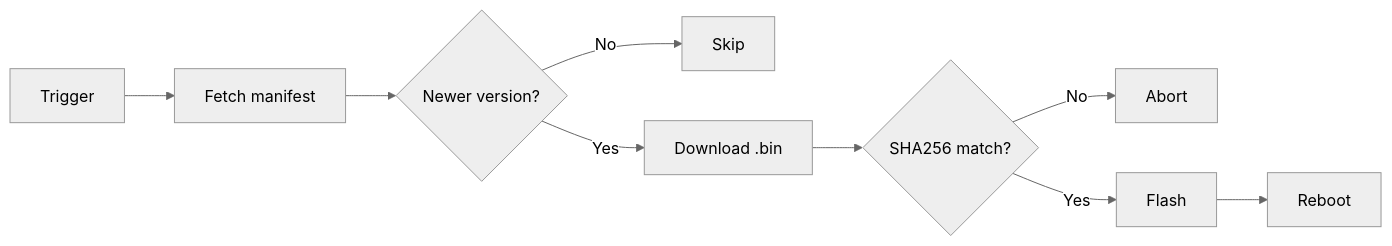
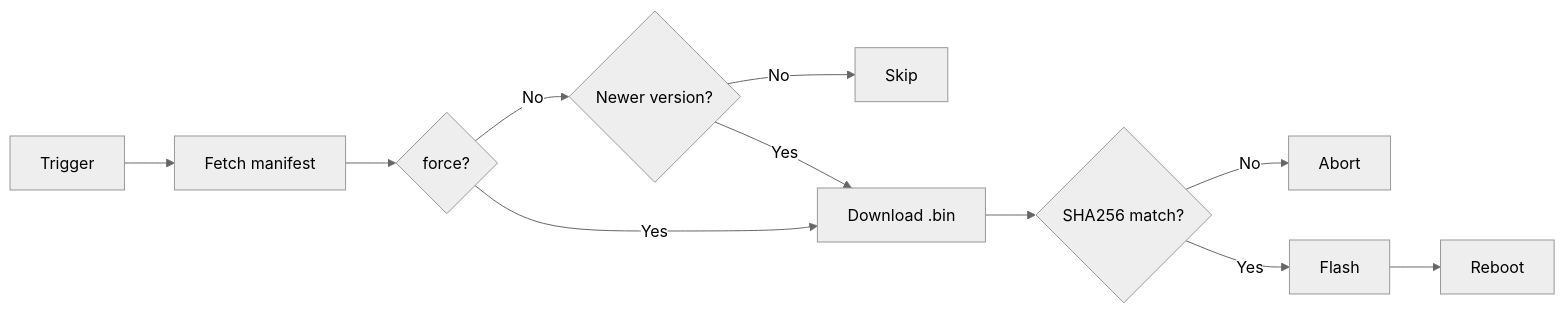
The second of 2 diagrams in firmware/architecture/connectivity.md (Thesada/thesada-doc), drawn with Mermaid (neutral theme) before and after one commit. The commit also changed other lines of this file and 2 other files, not shown here.

First line of the commit message:
firmware: v1.3.2 - watchdog-safe ota, force mode, debug cli, psram

````diff
--- a/firmware/architecture/connectivity.md
+++ b/firmware/architecture/connectivity.md
@@ -40,11 +40,13 @@
 ```mermaid
 flowchart LR
     A[Trigger] --> B[Fetch manifest]
-    B --> C{Newer version?}
-    C -->|No| D[Skip]
-    C -->|Yes| E[Download .bin]
-    E --> F{SHA256 match?}
-    F -->|No| G[Abort]
-    F -->|Yes| H[Flash]
-    H --> I[Reboot]
+    B --> C{force?}
+    C -->|No| D{Newer version?}
+    D -->|No| E[Skip]
+    D -->|Yes| F[Download .bin]
+    C -->|Yes| F
+    F --> G{SHA256 match?}
+    G -->|No| H[Abort]
+    G -->|Yes| I[Flash]
+    I --> J[Reboot]
 ```
````
